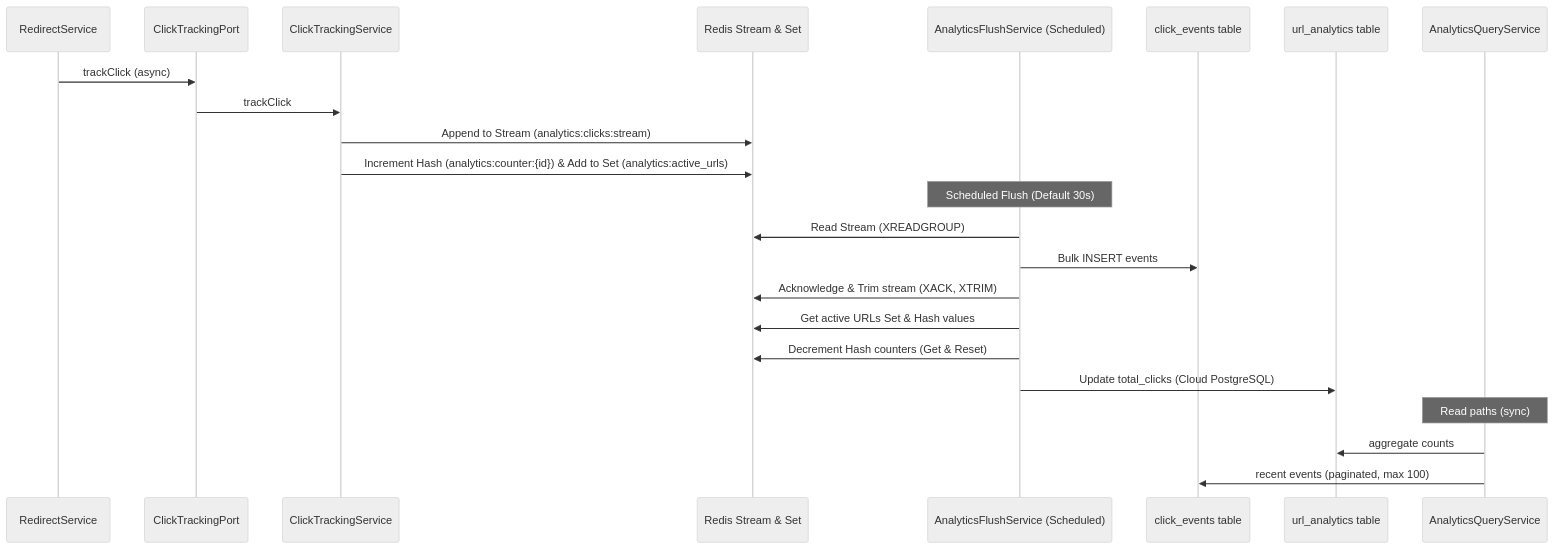
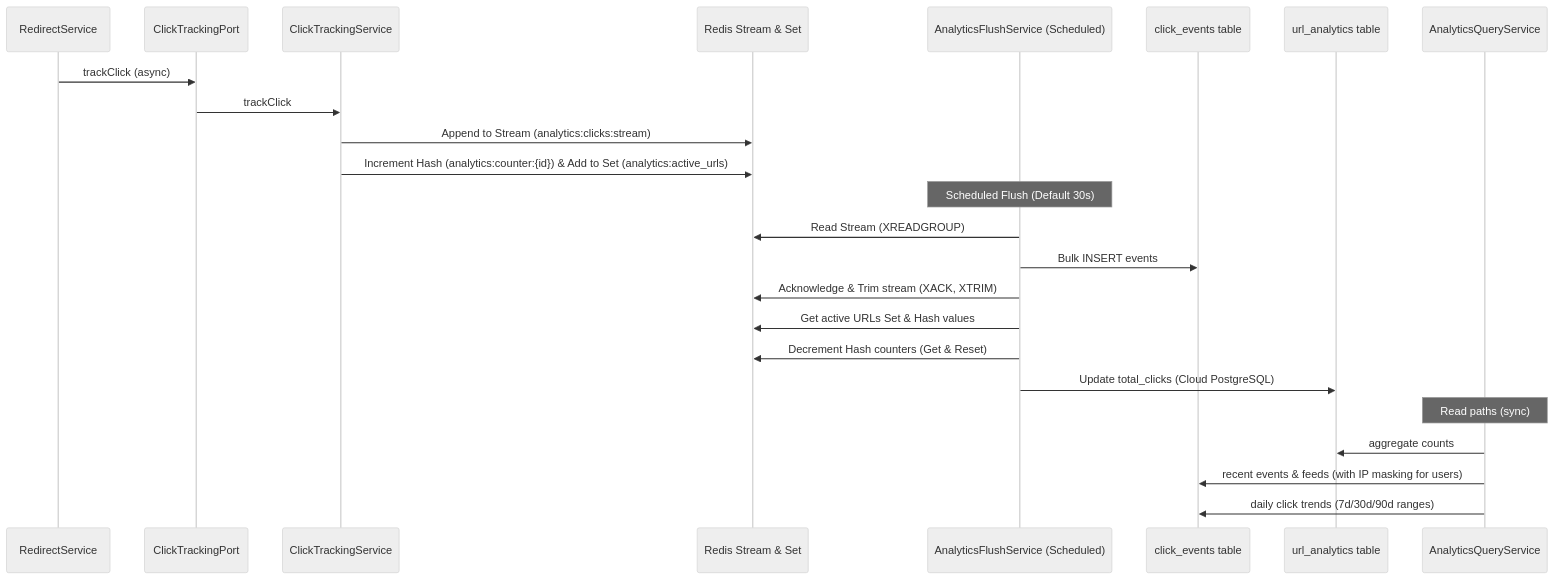
One commit to SlayerBit/linkflow changed the ninth of 11 diagrams in docs/system-design.md. Above: the diagram before and after it, drawn with Mermaid (neutral theme). The commit also changed other lines of this file and 24 other files, not shown here.

Commit message:
feat(analytics): add click trends and recent activity dashboards

````diff
--- a/docs/system-design.md
+++ b/docs/system-design.md
@@ -311,29 +311,30 @@
 ```mermaid
 sequenceDiagram
     participant RedirectService as RedirectService
     participant Port as ClickTrackingPort
     participant TrackingService as ClickTrackingService
     participant Redis as Redis Stream & Set
     participant Flusher as AnalyticsFlushService (Scheduled)
     participant ClickEvents as click_events table
     participant UrlAnalytics as url_analytics table
     participant ReadApi as AnalyticsQueryService
 
     RedirectService->>Port: trackClick (async)
     Port->>TrackingService: trackClick
     TrackingService->>Redis: Append to Stream (analytics:clicks:stream)
     TrackingService->>Redis: Increment Hash (analytics:counter:{id}) & Add to Set (analytics:active_urls)
 
     Note over Flusher: Scheduled Flush (Default 30s)
     Flusher->>Redis: Read Stream (XREADGROUP)
     Flusher->>ClickEvents: Bulk INSERT events
     Flusher->>Redis: Acknowledge & Trim stream (XACK, XTRIM)
 
     Flusher->>Redis: Get active URLs Set & Hash values
     Flusher->>Redis: Decrement Hash counters (Get & Reset)
     Flusher->>UrlAnalytics: Update total_clicks (Cloud PostgreSQL)
 
     Note over ReadApi: Read paths (sync)
     ReadApi->>UrlAnalytics: aggregate counts
-    ReadApi->>ClickEvents: recent events (paginated, max 100)
+    ReadApi->>ClickEvents: recent events & feeds (with IP masking for users)
+    ReadApi->>ClickEvents: daily click trends (7d/30d/90d ranges)
 ```
````
